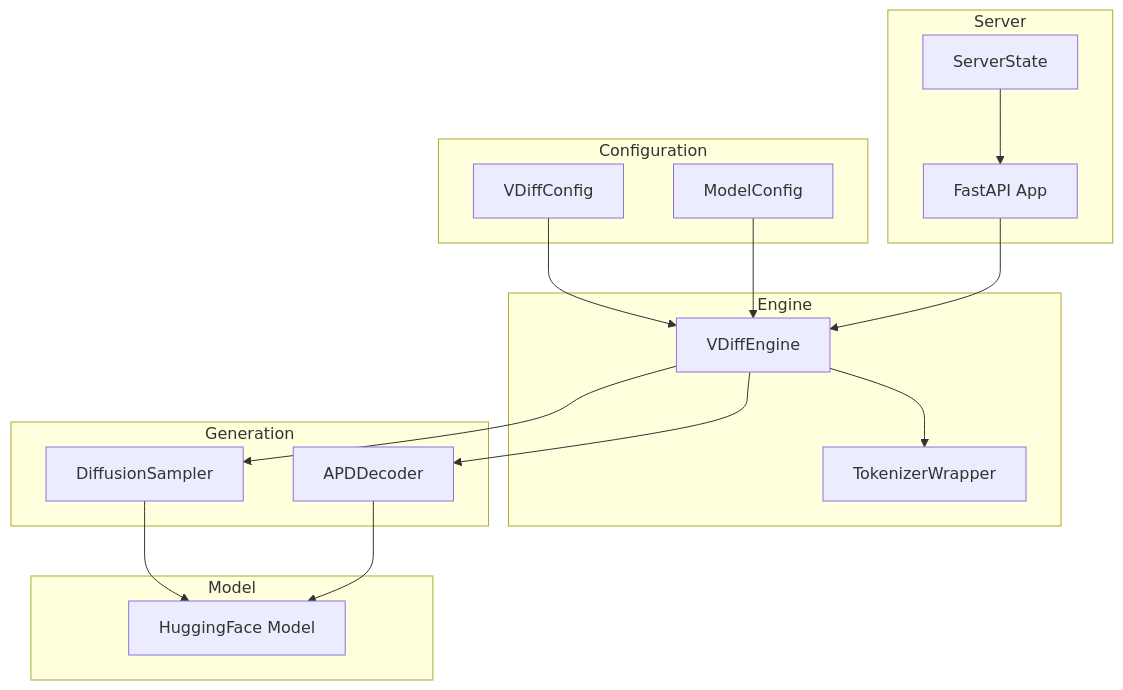
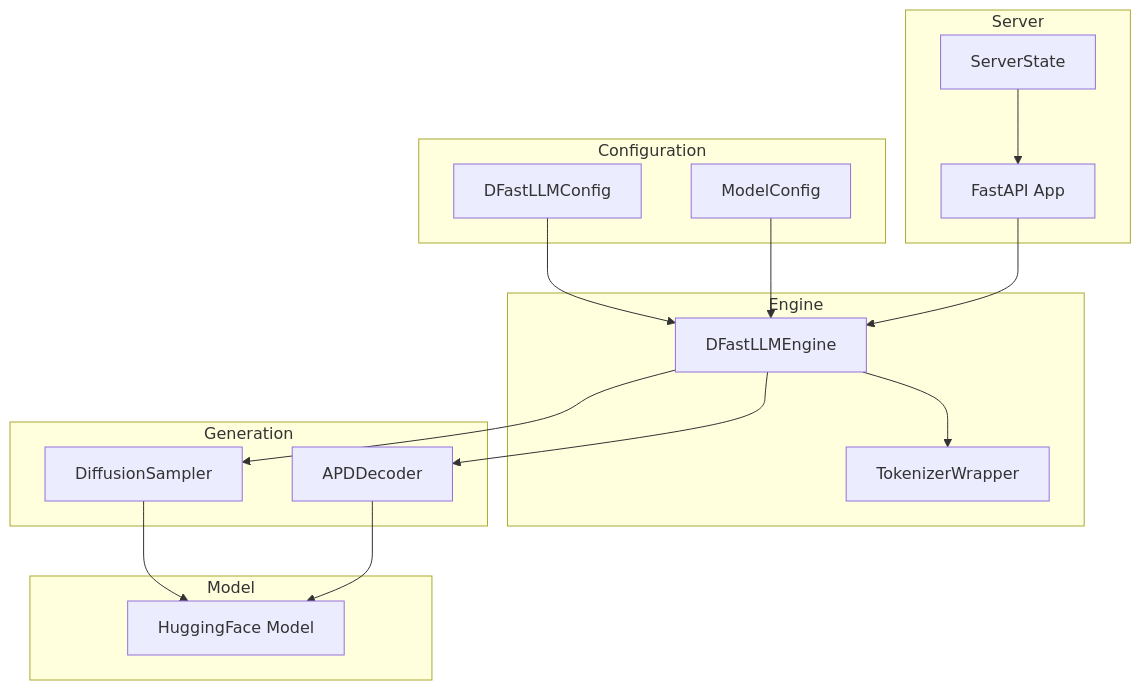
One commit to mwaykole/vdiff changed diagram 14 of 16 in docs/dev-doc/02-architecture.md. Above: the diagram before and after it, drawn with Mermaid. The commit also changed other lines of this file and 53 other files, not shown here.

````diff
--- a/docs/dev-doc/02-architecture.md
+++ b/docs/dev-doc/02-architecture.md
@@ -457,36 +457,36 @@
 ```mermaid
 flowchart TB
     subgraph Config["Configuration"]
-        VC[VDiffConfig]
+        VC[DFastLLMConfig]
         MC[ModelConfig]
     end
     
     subgraph Server["Server"]
         SS[ServerState]
         APP[FastAPI App]
     end
     
     subgraph Engine["Engine"]
-        VE[VDiffEngine]
+        VE[DFastLLMEngine]
         TW[TokenizerWrapper]
     end
     
     subgraph Generation["Generation"]
         DS[DiffusionSampler]
         AD[APDDecoder]
     end
     
     subgraph Model["Model"]
         HF[HuggingFace Model]
     end
     
     VC --> VE
     MC --> VE
     SS --> APP
     APP --> VE
     VE --> TW
     VE --> DS
     VE --> AD
     DS --> HF
     AD --> HF
 ```
````
